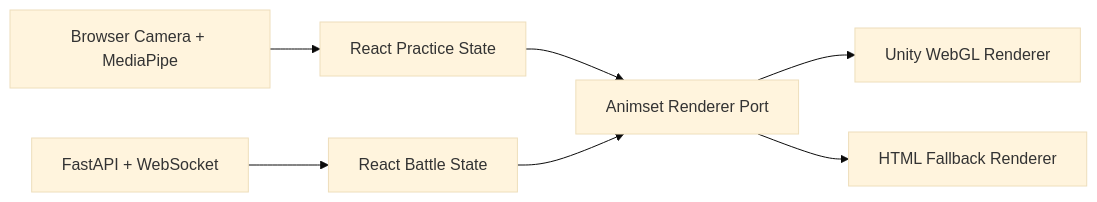
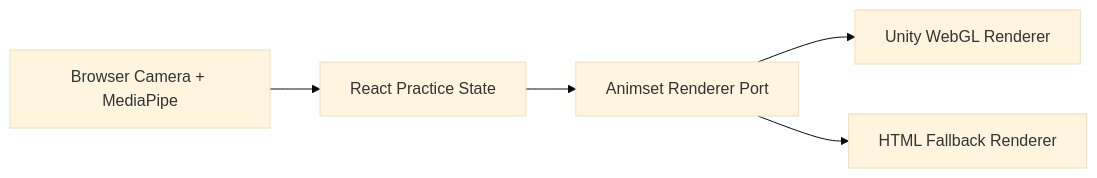
The first of 3 diagrams in docs/planning-artifacts/v6/unity-renderer-spec.ko.md (cyh000127/ryoiki-tenkai), drawn with Mermaid (base theme) before and after one commit. The commit also changed other lines of this file and 8 other files, not shown here.

````diff
--- a/docs/planning-artifacts/v6/unity-renderer-spec.ko.md
+++ b/docs/planning-artifacts/v6/unity-renderer-spec.ko.md
@@ -35,9 +36,7 @@
 ```mermaid
 flowchart LR
   A["Browser Camera + MediaPipe"] --> B["React Practice State"]
-  C["FastAPI + WebSocket"] --> D["React Battle State"]
   B --> E["Animset Renderer Port"]
-  D --> E
   E --> F["Unity WebGL Renderer"]
   E --> G["HTML Fallback Renderer"]
 ```
````
